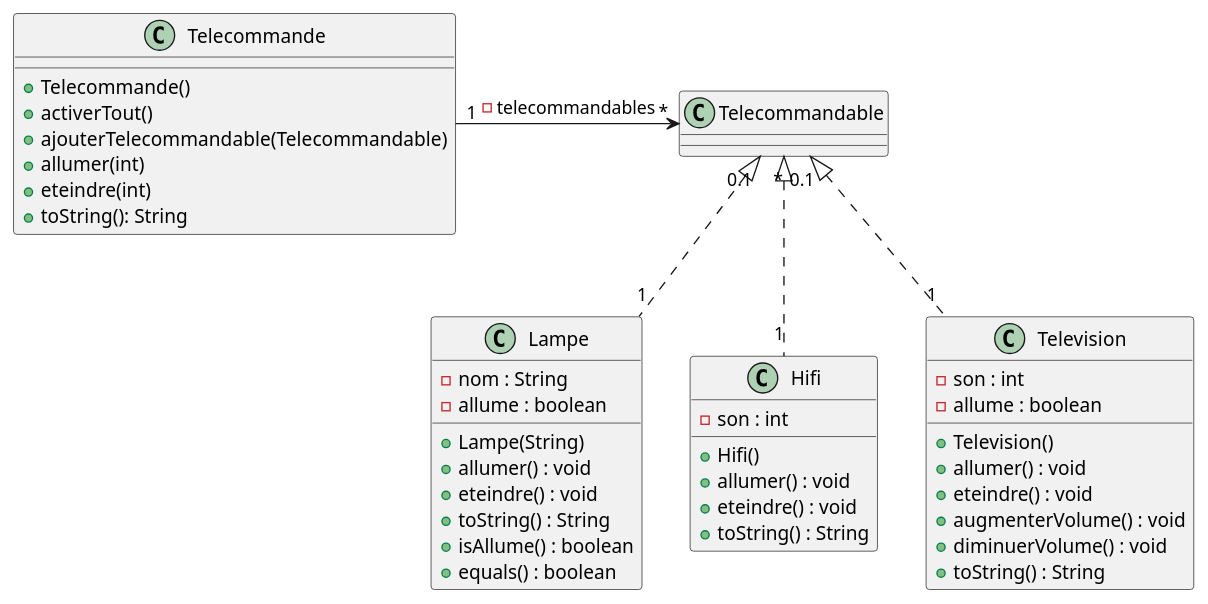
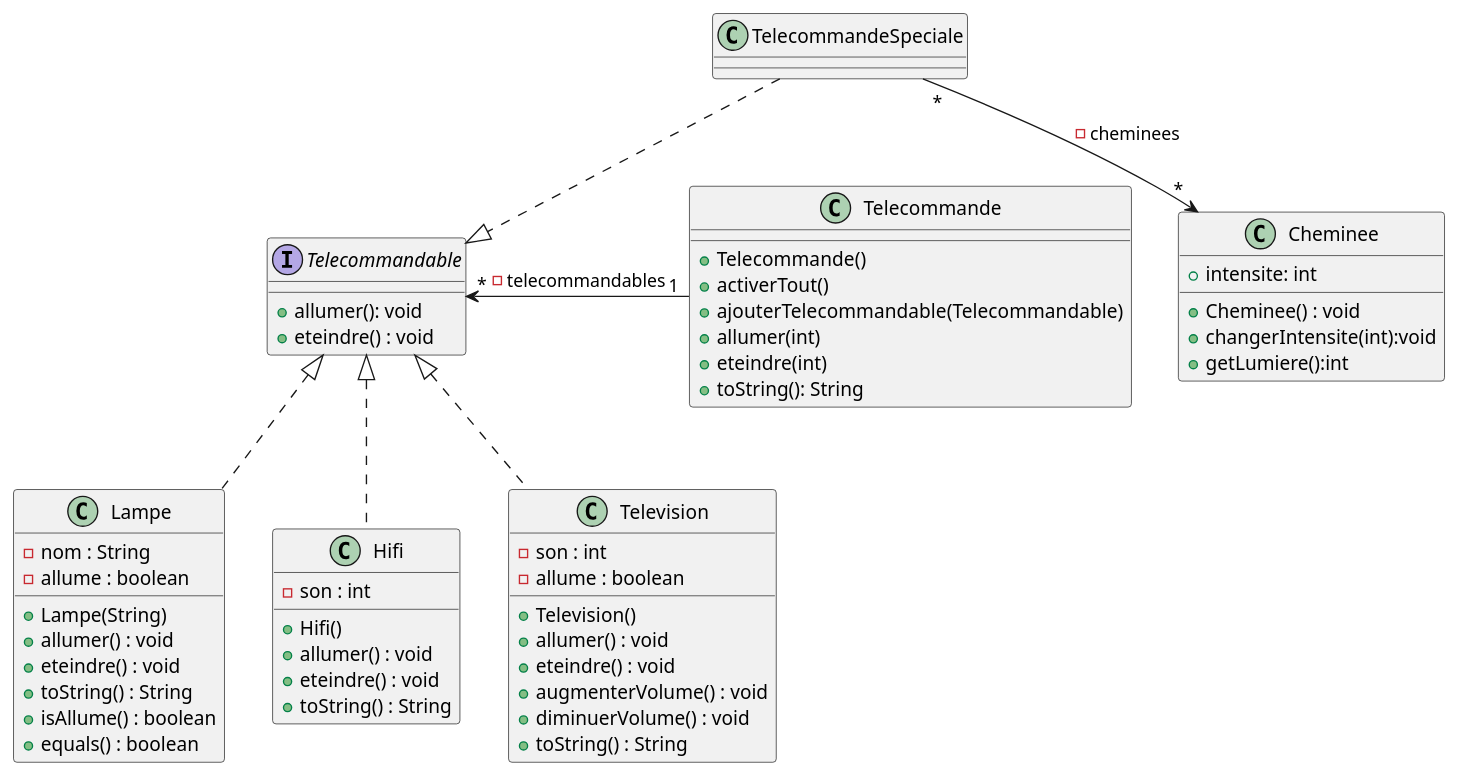
One commit to alannMonnier/2023_domotique_monnierb2u_segard6u changed the diagram in domotique/TD8.puml. Above: the diagram before and after it, drawn with PlantUML.

Commit message:
question 3 UML

```diff
--- a/domotique/TD8.puml
+++ b/domotique/TD8.puml
@@ -1,48 +1,67 @@
 @startuml
 'https://plantuml.com/sequence-diagram
 
 class Lampe{
 -nom : String
 -allume : boolean
 +Lampe(String)
 +allumer() : void
 +eteindre() : void
 +toString() : String
 +isAllume() : boolean
 +equals() : boolean
 }
 
 class Telecommande{
 + Telecommande()
 + activerTout()
 + ajouterTelecommandable(Telecommandable)
 + allumer(int)
 + eteindre(int)
 + toString(): String
 }
 
 class Hifi{
 -son : int
 +Hifi()
 +allumer() : void
 +eteindre() : void
 +toString() : String
 }
 
 class Television{
 -son : int
 -allume : boolean
 +Television()
 +allumer() : void
 +eteindre() : void
 +augmenterVolume() : void
 +diminuerVolume() : void
 +toString() : String
 }
 
+Interface Telecommandable{
+ + allumer(): void
+ + eteindre() : void
+}
+
+
+class Cheminee{
+    + intensite: int
+    +Cheminee() : void
+    + changerIntensite(int):void
+    + getLumiere():int
+}
+
+class TelecommandeSpeciale{
+
+}
+
 '''relations
 Telecommande "1" -> "*"Telecommandable: -telecommandables
-Hifi "1" .up.|> "*"Telecommandable
-Television "1".up.|> "0.1"Telecommandable
-Lampe "1".up.|> "0.1"Telecommandable
-@enduml
+Hifi  .up.|> Telecommandable
+Television .up.|> Telecommandable
+Lampe .up.|> Telecommandable
+TelecommandeSpeciale ..|> Telecommandable
+TelecommandeSpeciale "*" --> "*" Cheminee : -cheminees
+@endum
```
